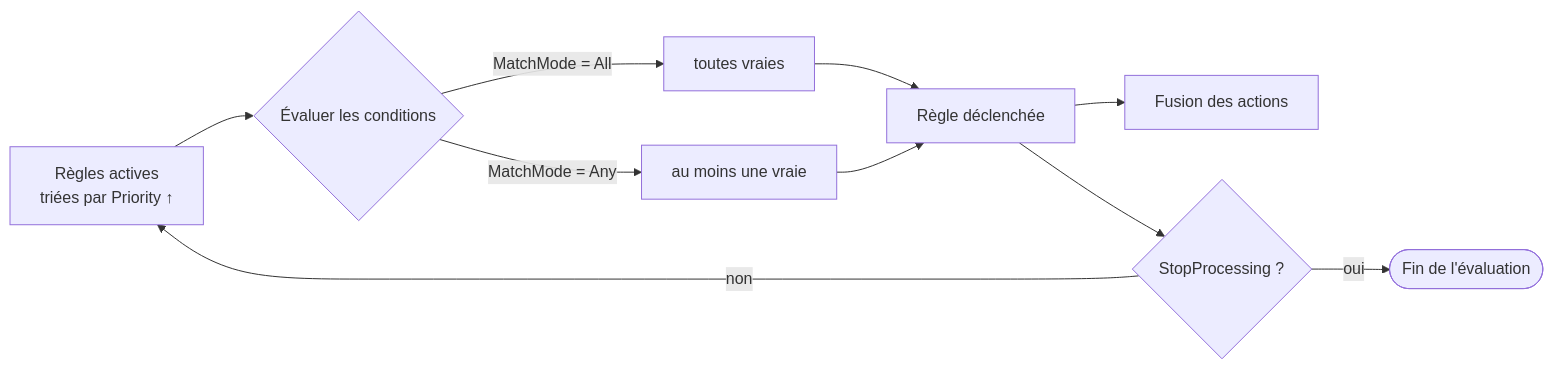
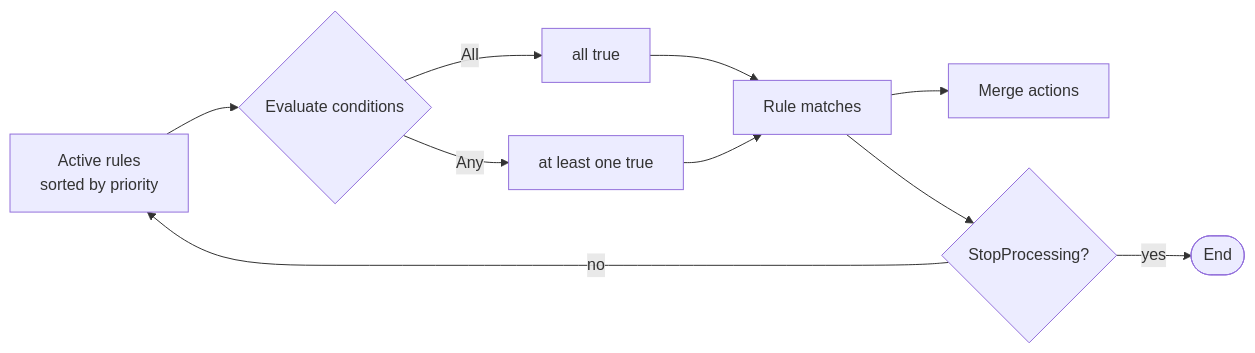
One commit to ArmSal/mailflow changed the fourth of 5 diagrams in README.md. Above: the diagram before and after it, drawn with Mermaid. The commit also changed other lines of this file and 3 other files, not shown here.

````diff
--- a/README.md
+++ b/README.md
@@ -246,12 +177,12 @@
 ```mermaid
 flowchart LR
-    R[Règles actives<br/>triées par Priority ↑] --> E{Évaluer les conditions}
-    E -->|MatchMode = All| T1[toutes vraies]
-    E -->|MatchMode = Any| T2[au moins une vraie]
-    T1 --> M[Règle déclenchée]
+    R[Active rules<br/>sorted by priority] --> E{Evaluate conditions}
+    E -->|All| T1[all true]
+    E -->|Any| T2[at least one true]
+    T1 --> M[Rule matches]
     T2 --> M
-    M --> A[Fusion des actions]
-    M --> S{StopProcessing ?}
-    S -- oui --> X([Fin de l'évaluation])
-    S -- non --> R
+    M --> A[Merge actions]
+    M --> S{StopProcessing?}
+    S -- yes --> X([End])
+    S -- no --> R
 ```
````
